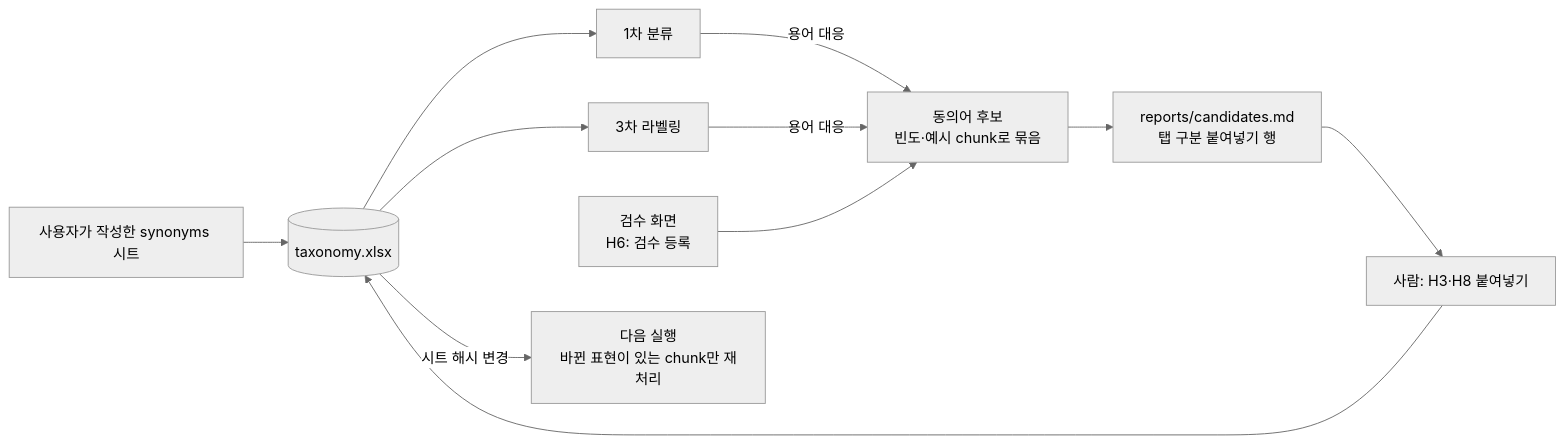
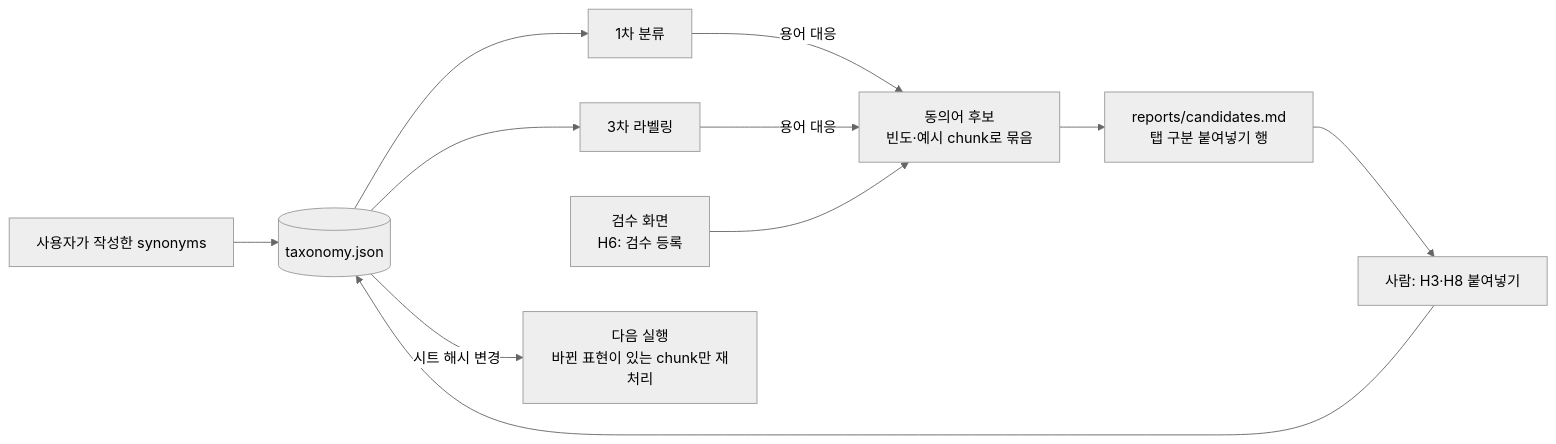
Before and after one commit to Robonge/BEOL-Datalabeling: the second of 2 diagrams in PRD.md, drawn with Mermaid (neutral theme). The commit also changed other lines of this file and 384 other files, not shown here.

````diff
--- a/PRD.md
+++ b/PRD.md
@@ -335,13 +333,13 @@
 ```mermaid
 flowchart LR
-    U[사용자가 작성한 synonyms 시트] --> SYN[(taxonomy.xlsx)]
+    U[사용자가 작성한 synonyms] --> SYN[(taxonomy.json)]
     SYN --> S1[1차 분류]
     SYN --> S3[3차 라벨링]
     S1 -->|용어 대응| C[동의어 후보<br/>빈도·예시 chunk로 묶음]
     S3 -->|용어 대응| C
     REV[검수 화면<br/>H6: 검수 등록] --> C
     C --> R[reports/candidates.md<br/>탭 구분 붙여넣기 행]
     R --> H[사람: H3·H8 붙여넣기]
     H --> SYN
     SYN -->|시트 해시 변경| RR[다음 실행<br/>바뀐 표현이 있는 chunk만 재처리]
 ```
````
